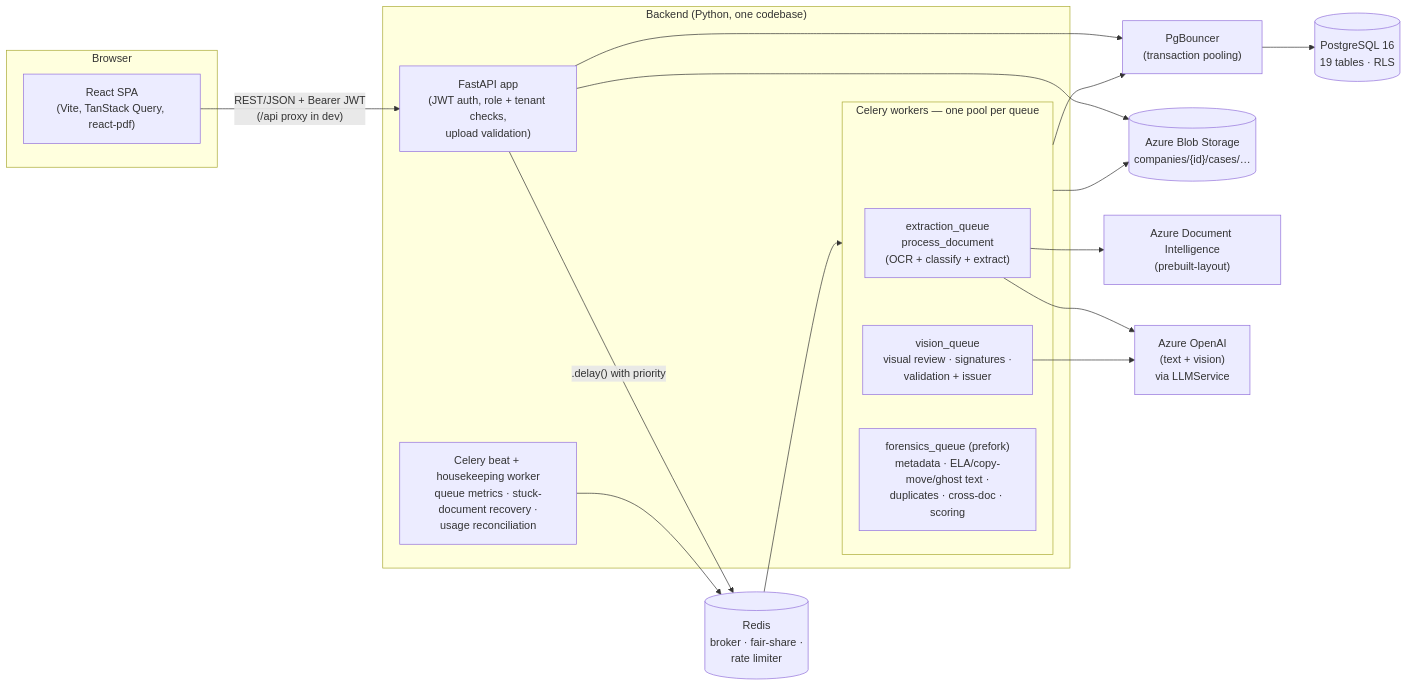
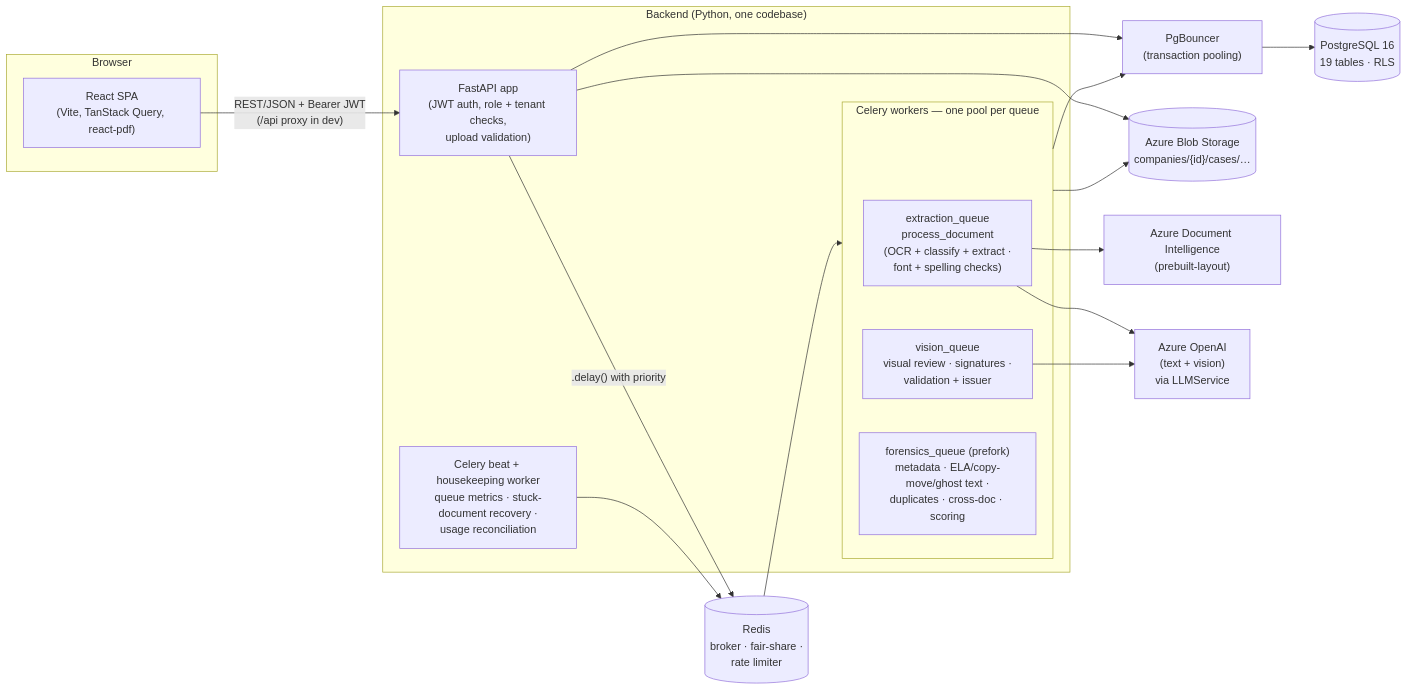
The diagram in docs/architecture/overview.md (Deepraj-chawda/FDDT), drawn with Mermaid before and after one commit. The commit also changed other lines of this file and 53 other files, not shown here.

First line of the commit message:
docs: document the English spelling check; rebuild PDFs

````diff
--- a/docs/architecture/overview.md
+++ b/docs/architecture/overview.md
@@ -16,36 +16,36 @@
 ```mermaid
 flowchart LR
     subgraph Browser
         SPA["React SPA<br/>(Vite, TanStack Query, react-pdf)"]
     end
 
     subgraph Backend["Backend (Python, one codebase)"]
         API["FastAPI app<br/>(JWT auth, role + tenant checks,<br/>upload validation)"]
         subgraph Workers["Celery workers — one pool per queue"]
-            WX["extraction_queue<br/>process_document<br/>(OCR + classify + extract)"]
+            WX["extraction_queue<br/>process_document<br/>(OCR + classify + extract ·<br/>font + spelling checks)"]
             WV["vision_queue<br/>visual review · signatures ·<br/>validation + issuer"]
             WF["forensics_queue (prefork)<br/>metadata · ELA/copy-move/ghost text ·<br/>duplicates · cross-doc · scoring"]
         end
         BEAT["Celery beat + housekeeping worker<br/>queue metrics · stuck-document recovery ·<br/>usage reconciliation"]
     end
 
     PGB["PgBouncer<br/>(transaction pooling)"]
     PG[("PostgreSQL 16<br/>19 tables · RLS")]
     RD[("Redis<br/>broker · fair-share ·<br/>rate limiter")]
     BLOB[("Azure Blob Storage<br/>companies/{id}/cases/…")]
     DI["Azure Document Intelligence<br/>(prebuilt-layout)"]
     AOAI["Azure OpenAI<br/>(text + vision)<br/>via LLMService"]
 
     SPA -- "REST/JSON + Bearer JWT<br/>(/api proxy in dev)" --> API
     API --> PGB
     API --> BLOB
     API -- ".delay() with priority" --> RD
     RD --> Workers
     BEAT --> RD
     Workers --> PGB
     PGB --> PG
     Workers --> BLOB
     WX --> DI
     WX --> AOAI
     WV --> AOAI
 ```
````
